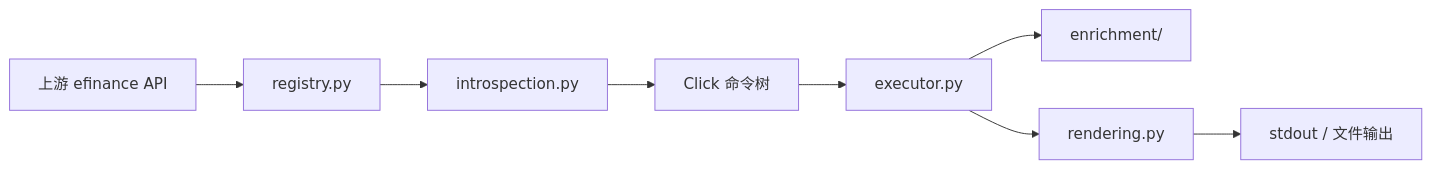
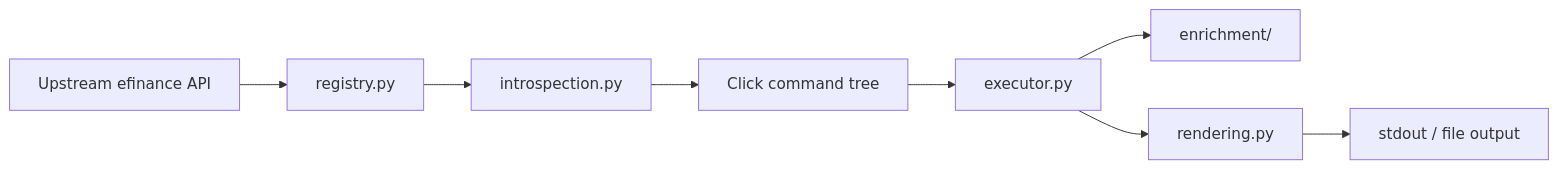
Before and after one commit to vortezwohl/efinance-cli: the second of 2 diagrams in i18n/README.zh-CN.md, drawn with Mermaid. The commit also changed other lines of this file and 2 other files, not shown here.

````diff
--- a/i18n/README.zh-CN.md
+++ b/i18n/README.zh-CN.md
@@ -408,10 +387,10 @@
 ```mermaid
 flowchart LR
-  API["上游 efinance API"] --> REG["registry.py"]
+  API["Upstream efinance API"] --> REG["registry.py"]
   REG --> INT["introspection.py"]
-  INT --> CMD["Click 命令树"]
+  INT --> CMD["Click command tree"]
   CMD --> EXEC["executor.py"]
   EXEC --> ENR["enrichment/"]
   EXEC --> REN["rendering.py"]
-  REN --> OUT["stdout / 文件输出"]
+  REN --> OUT["stdout / file output"]
 ```
````
